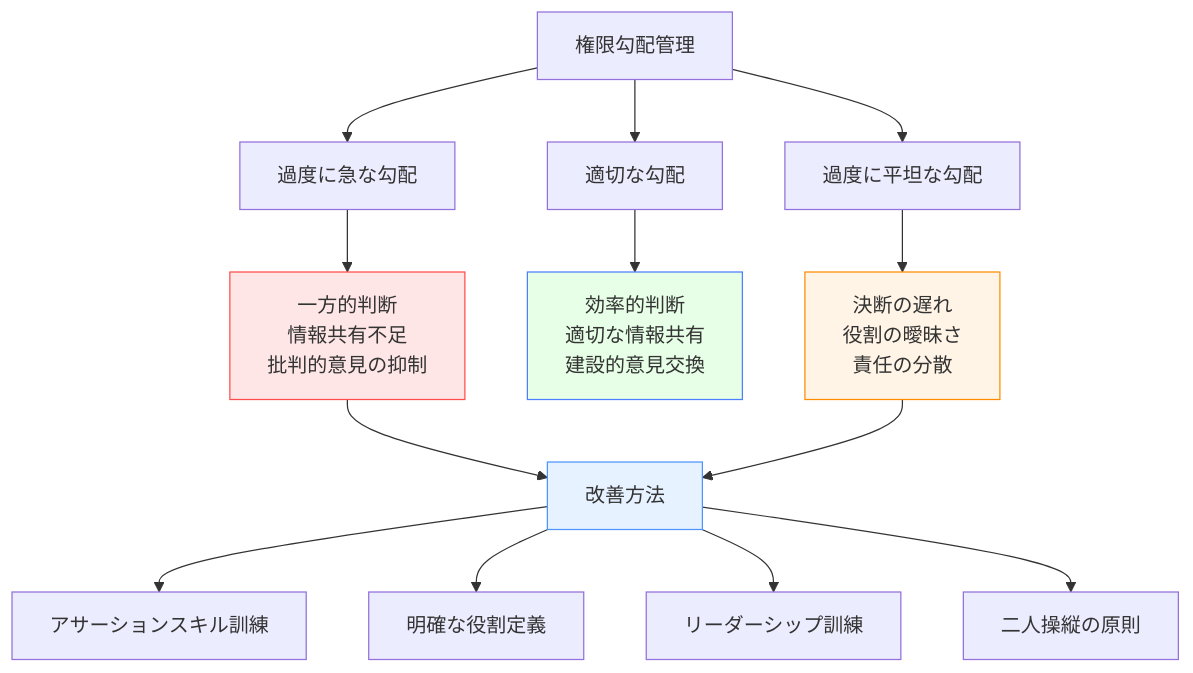
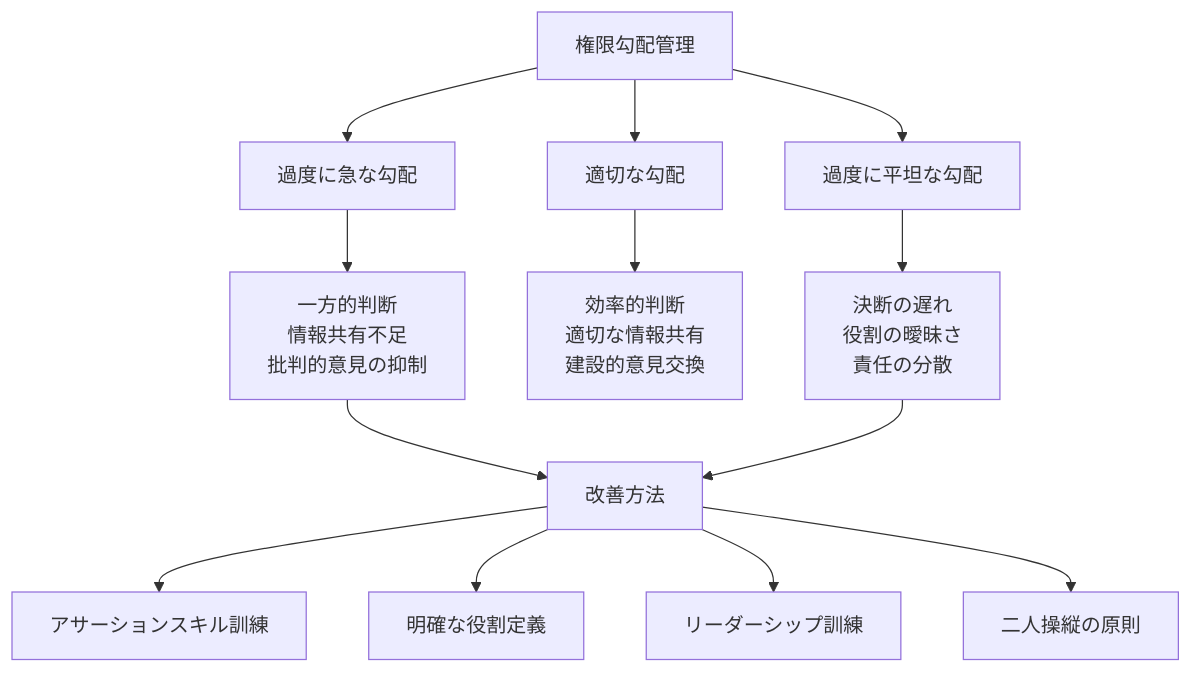
The eighth of 12 diagrams in docs/applications/aviation-dm.md (shuji-bonji/Situational-Awareness-and-Decision-Making), drawn with Mermaid before and after one commit. The commit also changed other lines of this file and 49 other files, not shown here.

Commit message:
fix: ダークモードで見づらい図の色の変更

````diff
--- a/docs/applications/aviation-dm.md
+++ b/docs/applications/aviation-dm.md
@@ -338,23 +311,18 @@
 ```mermaid
 graph TD
     A[権限勾配管理] --> B[過度に急な勾配]
     A --> C[適切な勾配]
     A --> D[過度に平坦な勾配]
     
     B --> B1[一方的判断<br>情報共有不足<br>批判的意見の抑制]
     C --> C1[効率的判断<br>適切な情報共有<br>建設的意見交換]
     D --> D1[決断の遅れ<br>役割の曖昧さ<br>責任の分散]
     
     B1 --> E[改善方法]
     D1 --> E
     
     E --> E1[アサーションスキル訓練]
     E --> E2[明確な役割定義]
     E --> E3[リーダーシップ訓練]
     E --> E4[二人操縦の原則]
-    
-    style C1 fill:#e6ffe6,stroke:#4d7fff
-    style B1 fill:#ffe6e6,stroke:#ff4d4d
-    style D1 fill:#fff4e6,stroke:#ff8c00
-    style E fill:#e6f2ff,stroke:#4d94ff
 ```
````
